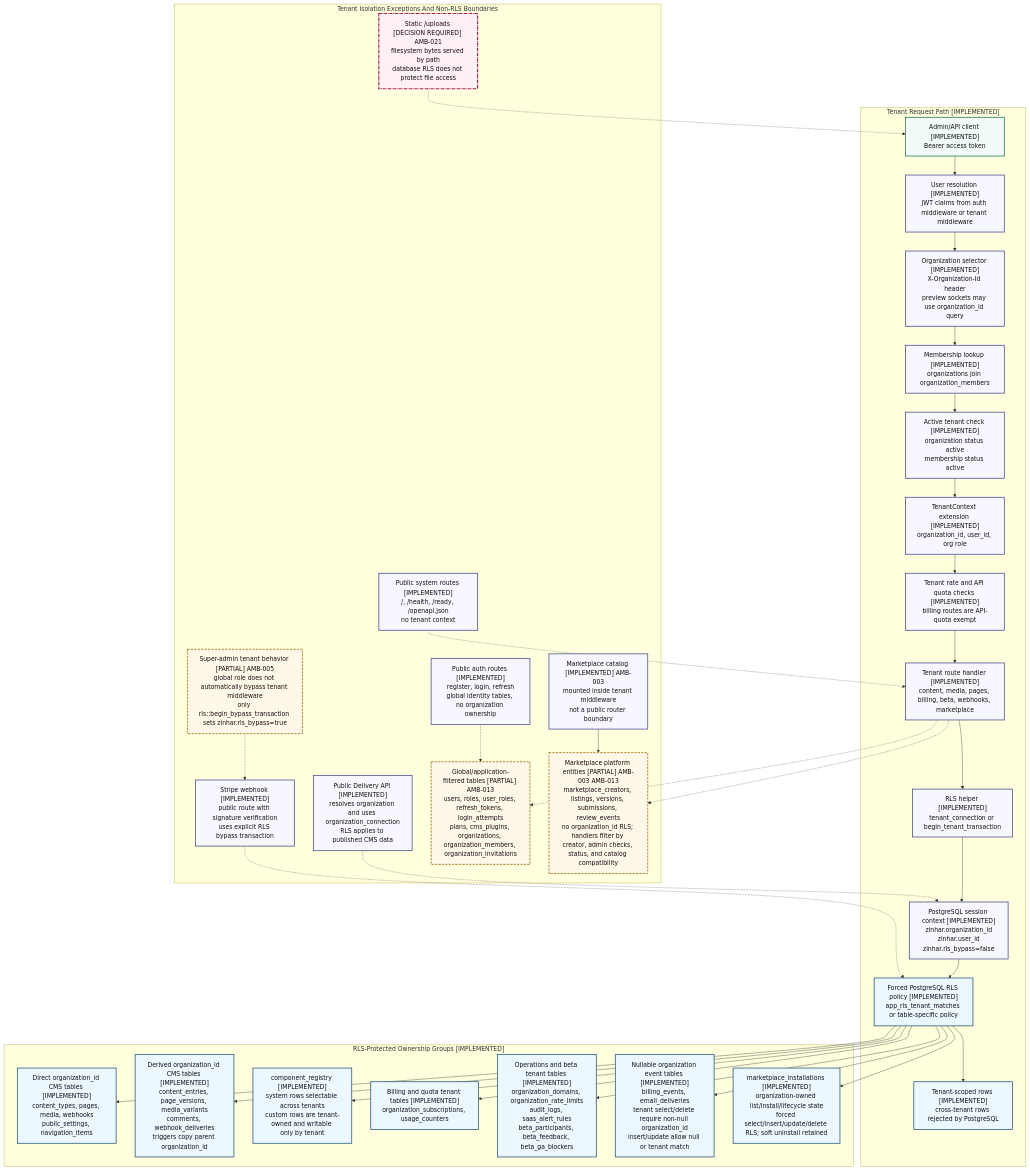
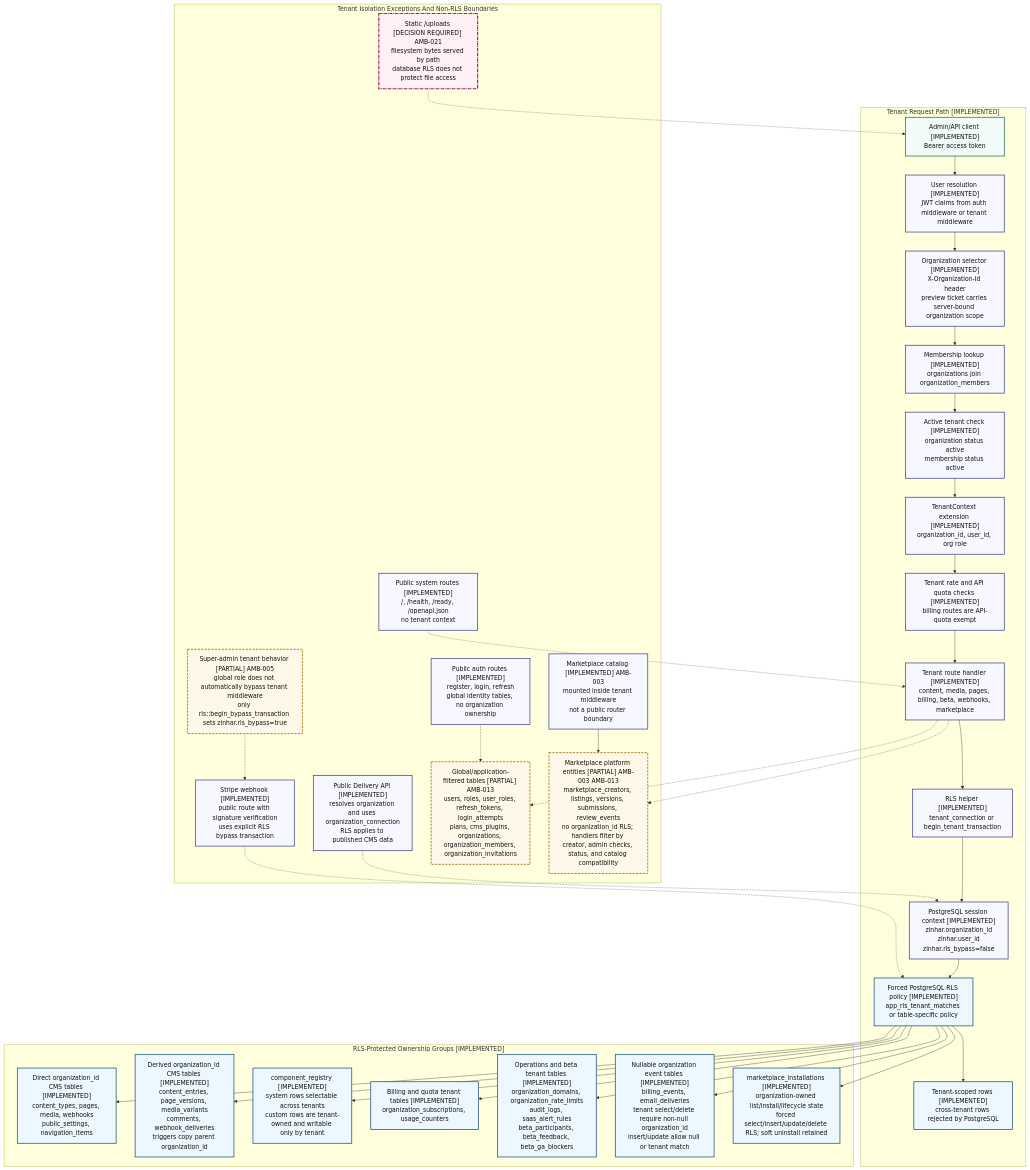
Before and after one commit to sasanzare/ZinharCMS: the diagram in docs/diagrams/21-tenant-ownership-and-rls.mmd, drawn with Mermaid. The commit also changed 89 other files, not shown here.

```diff
--- a/docs/diagrams/21-tenant-ownership-and-rls.mmd
+++ b/docs/diagrams/21-tenant-ownership-and-rls.mmd
@@ -1,84 +1,84 @@
 flowchart TD
 %% Evidence: backend/migrations/0008_v2_phase_one_organizations.sql
 %% Evidence: backend/migrations/0009_v2_phase_three_rls.sql
 %% Evidence: backend/migrations/0010_v2_phase_five_billing_quota.sql
 %% Evidence: backend/migrations/0011_v2_phase_six_stripe_billing.sql
 %% Evidence: backend/migrations/0012_v2_phase_seven_saas_ops.sql
 %% Evidence: backend/migrations/0014_v2_phase_nine_beta_release.sql
 %% Evidence: backend/migrations/0015_v3_phase_one_marketplace_foundation.sql
 %% Evidence: backend/migrations/0019_v3_phase_six_installation_lifecycle.sql
 %% Evidence: backend/src/middleware/tenant.rs
 %% Evidence: backend/src/services/rls.rs
 %% Evidence: backend/src/routes/mod.rs
 %% Evidence: backend/src/routes/marketplace.rs
 %% Evidence: backend/src/services/marketplace_installation.rs
 
 subgraph tenant_request_path["Tenant Request Path [IMPLEMENTED]"]
   client["Admin/API client [IMPLEMENTED]<br/>Bearer access token"]
   claims["User resolution [IMPLEMENTED]<br/>JWT claims from auth middleware or tenant middleware"]
-  org_header["Organization selector [IMPLEMENTED]<br/>X-Organization-Id header<br/>preview sockets may use organization_id query"]
+  org_header["Organization selector [IMPLEMENTED]<br/>X-Organization-Id header<br/>preview ticket carries server-bound organization scope"]
   membership["Membership lookup [IMPLEMENTED]<br/>organizations join organization_members"]
   active_check["Active tenant check [IMPLEMENTED]<br/>organization status active<br/>membership status active"]
   tenant_context["TenantContext extension [IMPLEMENTED]<br/>organization_id, user_id, org role"]
   limiter["Tenant rate and API quota checks [IMPLEMENTED]<br/>billing routes are API-quota exempt"]
   handler["Tenant route handler [IMPLEMENTED]<br/>content, media, pages, billing, beta, webhooks, marketplace"]
   rls_service["RLS helper [IMPLEMENTED]<br/>tenant_connection or begin_tenant_transaction"]
   session_context["PostgreSQL session context [IMPLEMENTED]<br/>zinhar.organization_id<br/>zinhar.user_id<br/>zinhar.rls_bypass=false"]
   pg_policy["Forced PostgreSQL RLS policy [IMPLEMENTED]<br/>app_rls_tenant_matches or table-specific policy"]
   scoped_rows["Tenant-scoped rows [IMPLEMENTED]<br/>cross-tenant rows rejected by PostgreSQL"]
 end
 
 client --> claims --> org_header --> membership --> active_check --> tenant_context --> limiter --> handler --> rls_service --> session_context --> pg_policy --> scoped_rows
 
 subgraph rls_tables["RLS-Protected Ownership Groups [IMPLEMENTED]"]
   core_direct["Direct organization_id CMS tables [IMPLEMENTED]<br/>content_types, pages, media, webhooks<br/>public_settings, navigation_items"]
   core_derived["Derived organization_id CMS tables [IMPLEMENTED]<br/>content_entries, page_versions, media_variants<br/>comments, webhook_deliveries<br/>triggers copy parent organization_id"]
   components["component_registry [IMPLEMENTED]<br/>system rows selectable across tenants<br/>custom rows are tenant-owned and writable only by tenant"]
   billing_quota["Billing and quota tenant tables [IMPLEMENTED]<br/>organization_subscriptions, usage_counters"]
   ops_beta["Operations and beta tenant tables [IMPLEMENTED]<br/>organization_domains, organization_rate_limits<br/>audit_logs, saas_alert_rules<br/>beta_participants, beta_feedback, beta_ga_blockers"]
   nullable_org["Nullable organization event tables [IMPLEMENTED]<br/>billing_events, email_deliveries<br/>tenant select/delete require non-null organization_id<br/>insert/update allow null or tenant match"]
   installs["marketplace_installations [IMPLEMENTED]<br/>organization-owned list/install/lifecycle state<br/>forced select/insert/update/delete RLS; soft uninstall retained"]
 end
 
 pg_policy --> core_direct
 pg_policy --> core_derived
 pg_policy --> components
 pg_policy --> billing_quota
 pg_policy --> ops_beta
 pg_policy --> nullable_org
 pg_policy --> installs
 
 subgraph rls_exceptions["Tenant Isolation Exceptions And Non-RLS Boundaries"]
   public_system["Public system routes [IMPLEMENTED]<br/>/, /health, /ready, /openapi.json<br/>no tenant context"]
   public_auth["Public auth routes [IMPLEMENTED]<br/>register, login, refresh<br/>global identity tables, no organization ownership"]
   delivery["Public Delivery API [IMPLEMENTED]<br/>resolves organization and uses organization_connection<br/>RLS applies to published CMS data"]
   stripe_webhook["Stripe webhook [IMPLEMENTED]<br/>public route with signature verification<br/>uses explicit RLS bypass transaction"]
   static_uploads["Static /uploads [DECISION REQUIRED] AMB-021<br/>filesystem bytes served by path<br/>database RLS does not protect file access"]
   global_tables["Global/application-filtered tables [PARTIAL] AMB-013<br/>users, roles, user_roles, refresh_tokens, login_attempts<br/>plans, cms_plugins, organizations, organization_members, organization_invitations"]
   marketplace_platform["Marketplace platform entities [PARTIAL] AMB-003 AMB-013<br/>marketplace_creators, listings, versions, submissions, review_events<br/>no organization_id RLS; handlers filter by creator, admin checks, status, and catalog compatibility"]
   catalog["Marketplace catalog [IMPLEMENTED] AMB-003<br/>mounted inside tenant middleware<br/>not a public router boundary"]
   super_admin["Super-admin tenant behavior [PARTIAL] AMB-005<br/>global role does not automatically bypass tenant middleware<br/>only rls::begin_bypass_transaction sets zinhar.rls_bypass=true"]
 end
 
 public_system -.-> handler
 public_auth -.-> global_tables
 delivery -.-> session_context
 stripe_webhook -.-> pg_policy
 static_uploads -.-> client
 handler -.-> global_tables
 handler -.-> marketplace_platform
 catalog --> marketplace_platform
 super_admin -.-> stripe_webhook
 
 classDef implemented fill:#e8f5ee,stroke:#17745b,stroke-width:2px,color:#111;
 classDef partial fill:#fff8e8,stroke:#9a6500,stroke-width:2px,stroke-dasharray: 6 3,color:#111;
 classDef decision fill:#fff0f6,stroke:#9b1b5a,stroke-width:3px,stroke-dasharray: 8 2 2 2,color:#111;
 classDef data fill:#edf7ff,stroke:#24577a,stroke-width:2px,color:#111;
 classDef backend fill:#f7f7ff,stroke:#4b4b8f,stroke-width:2px,color:#111;
 classDef frontend fill:#f2fbf8,stroke:#24735a,stroke-width:2px,color:#111;
 
 class client frontend;
 class claims,org_header,membership,active_check,tenant_context,limiter,handler,rls_service,session_context,public_system,public_auth,delivery,stripe_webhook,catalog,super_admin backend;
 class pg_policy,scoped_rows,core_direct,core_derived,components,billing_quota,ops_beta,nullable_org,installs,global_tables,marketplace_platform data;
 class static_uploads decision;
 class global_tables,marketplace_platform,super_admin partial;
```
